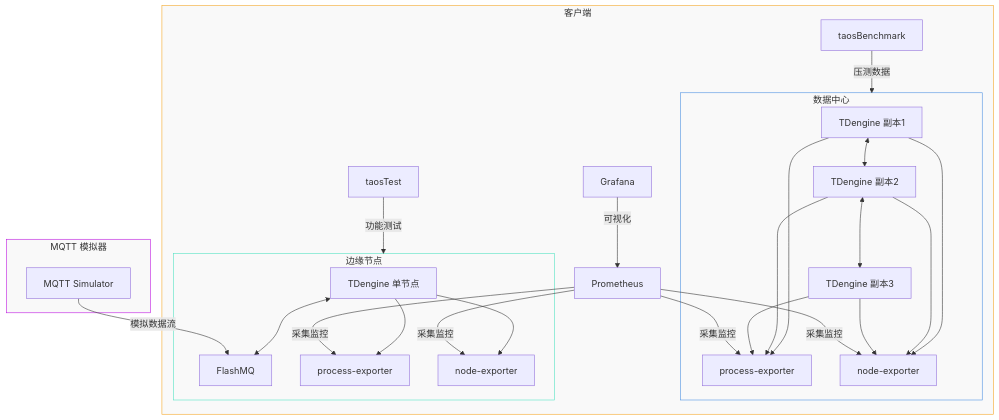
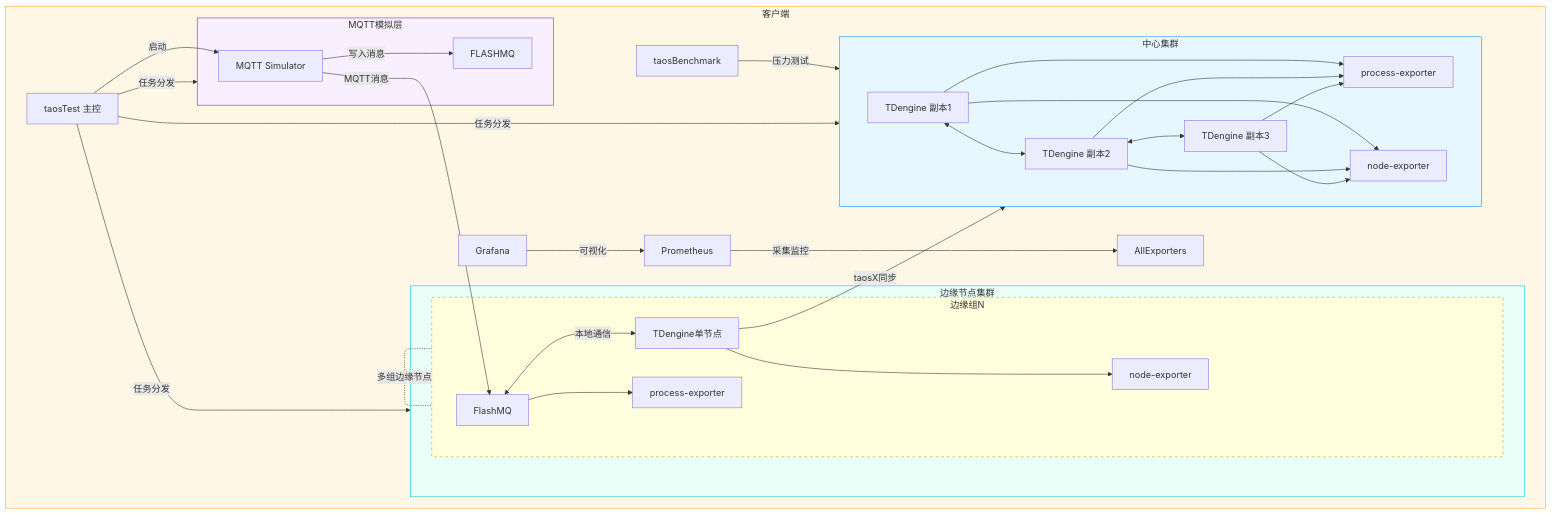
The second of 2 diagrams in README.md (taosdata/ems), drawn with Mermaid before and after one commit.

Commit message:
docs: add graph

````diff
--- a/README.md
+++ b/README.md
@@ -62,31 +62,40 @@
 ```mermaid
 graph TD
-    subgraph Center[数据中心]
+    subgraph Client[客户端]
+        CL1[taosBenchmark] -->|压力测试| Center
+        CL2[taosTest 主控] -->|任务分发| MQTT & Edge & Center
+        CL3[Prometheus] -->|采集监控| AllExporters
+        CL4[Grafana] -->|可视化| CL3
+    end
+
+    subgraph MQTT[MQTT模拟层]
+        M1[MQTT Simulator] -->|写入消息| FLASHMQ
+    end
+
+    subgraph Edge[边缘节点集群]
+        subgraph Edge_Group[边缘组N]
+            E1[FlashMQ] <-->|本地通信| E2[TDengine单节点]
+            E2 -->|taosX同步| Center
+            E1 --> E3[process-exporter]
+            E2 --> E4[node-exporter]
+        end
+    end
+
+    subgraph Center[中心集群]
         C1[TDengine 副本1] <--> C2[TDengine 副本2]
         C2 <--> C3[TDengine 副本3]
         C1 & C2 & C3 --> C4[process-exporter]
         C1 & C2 & C3 --> C5[node-exporter]
     end
 
-    subgraph Edge[边缘节点]
-        E1[TDengine 单节点] <--> E2[FlashMQ]
-        E1 --> E3[process-exporter]
-        E1 --> E4[node-exporter]
-    end
+    %% 数据流关键路径
+    CL2 -->|启动| M1
+    M1 -->|MQTT消息| E1
+    Edge_Group -. 多组边缘节点 .- Edge_Group
 
-    subgraph Client[客户端]
-        CL1[taosBenchmark] -->|压测数据| Center
-        CL2[taosTest] -->|功能测试| Edge
-        CL3[Prometheus] -->|采集监控| C4 & C5 & E3 & E4
-        CL4[Grafana] -->|可视化| CL3
-    end
-
-    subgraph MQTT[MQTT 模拟器]
-        M1[MQTT Simulator] -->|模拟数据流| E2
-    end
-
-    style Center fill:#f9f9f9,stroke:#4a90e2
-    style Edge fill:#f9f9f9,stroke:#50e3c2
-    style Client fill:#f9f9f9,stroke:#f5a623
-    style MQTT fill:#f9f9f9,stroke:#bd10e0
+    style Center fill:#e6f7ff,stroke:#1890ff
+    style Edge fill:#eafff7,stroke:#13c2c2
+    style Client fill:#fff7e6,stroke:#ffa940
+    style MQTT fill:#f9f0ff,stroke:#722ed1
+    style Edge_Group stroke-dasharray:5 5
 ```
````
